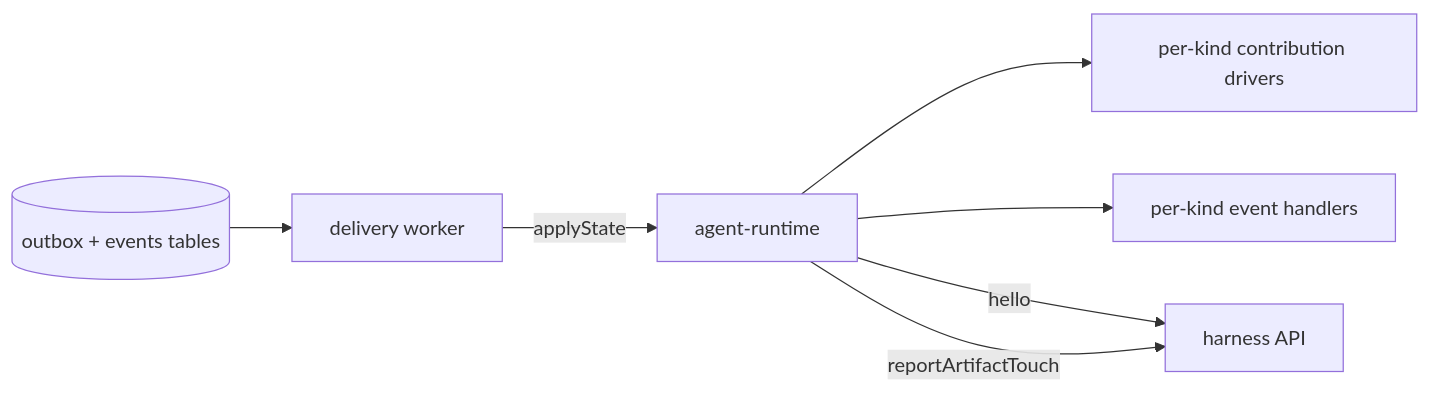
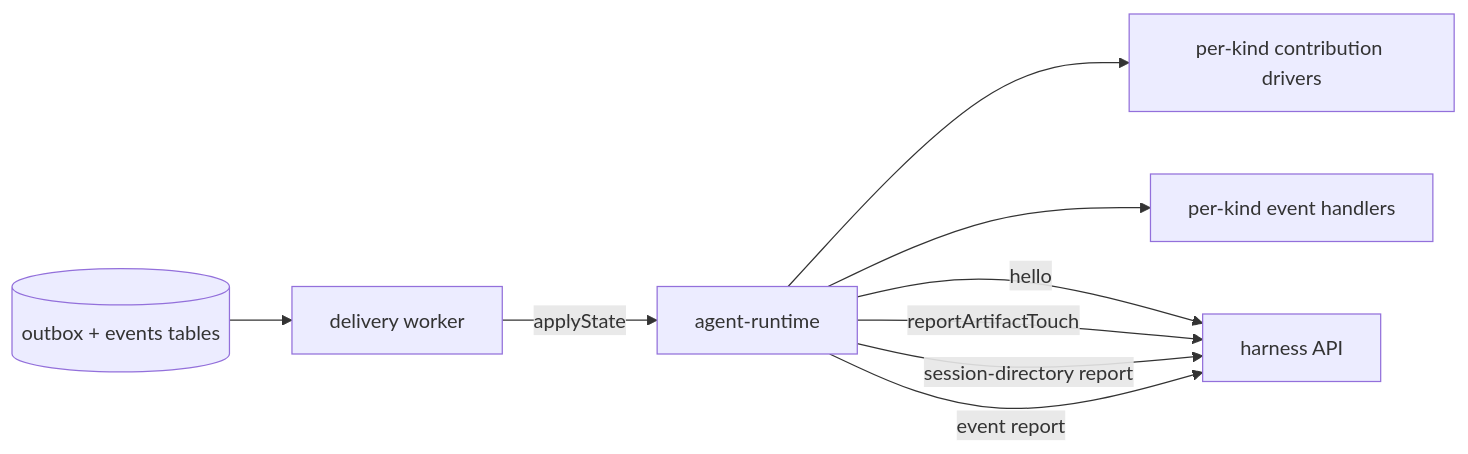
Before and after one commit to dam-agents/dam: the first of 5 diagrams in docs/architecture/runtime-delivery.md, drawn with Mermaid. The commit also changed other lines of this file and 66 other files, not shown here.

````diff
--- a/docs/architecture/runtime-delivery.md
+++ b/docs/architecture/runtime-delivery.md
@@ -20,16 +20,18 @@
 ```mermaid
 flowchart LR
   outbox[(outbox + events tables)]
   worker[delivery worker]
   rt[agent-runtime]
   drivers[per-kind contribution drivers]
   handlers[per-kind event handlers]
   api[harness API]
 
   outbox --> worker
   worker -->|applyState| rt
   rt --> drivers
   rt --> handlers
   rt -->|hello| api
   rt -->|reportArtifactTouch| api
+  rt -->|session-directory report| api
+  rt -->|event report| api
 ```
````
